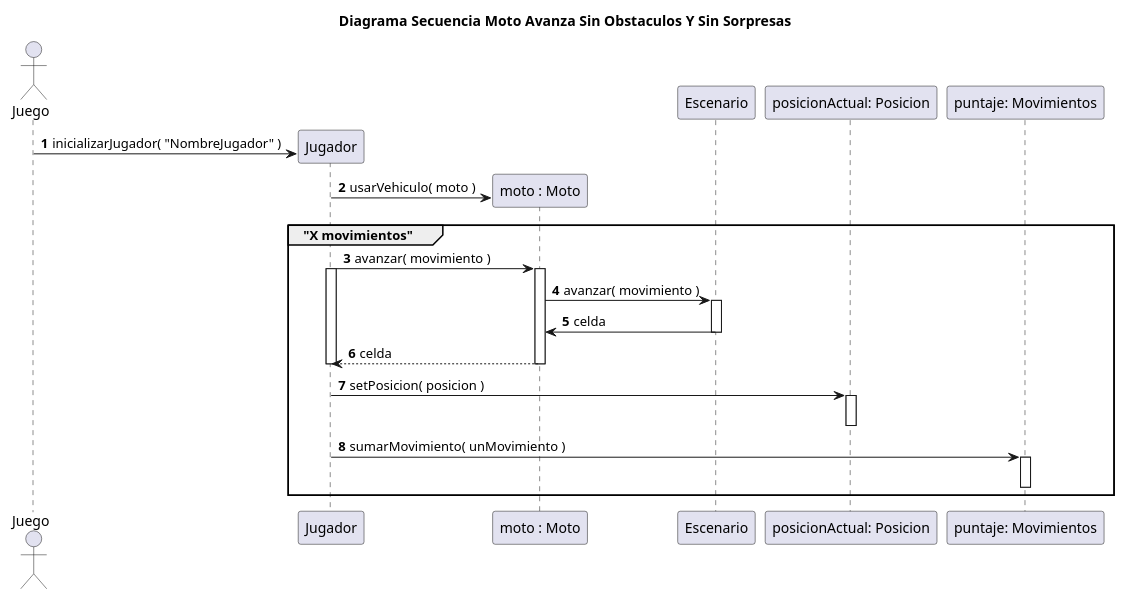
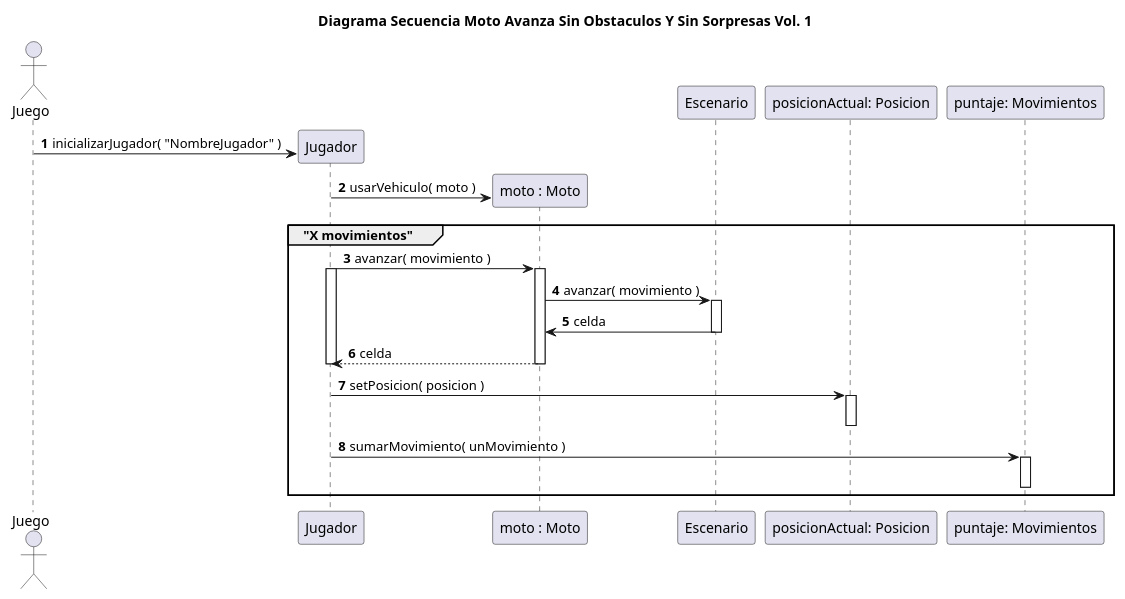
One commit to rodrigovzq/algo3_tp2 changed the diagram in diagrams/borradores/DiagramaSequenciaCasoSinObstaculosSinSorpresas.puml. Above: the diagram before and after it, drawn with PlantUML. The commit also changed 1 other file, not shown here.

Commit message:
Actualización diagramas

```diff
--- a/diagrams/borradores/DiagramaSequenciaCasoSinObstaculosSinSorpresas.puml
+++ b/diagrams/borradores/DiagramaSequenciaCasoSinObstaculosSinSorpresas.puml
@@ -1,43 +1,43 @@
 @startuml
 ' Primer acercamiento al diagrama de secuencia de la
 ' primer entrega.
 
 'Problema que se nos presento:
 'Todo anda bien porque es el caso feliz...
 ' - ¿Que pasa si hay un obstaculo/sorpresa?
 ' - ¿Quien se entera?
 ' Los obstaculos y la sorpresa modifican los movimientos o vehiculo
 'del jugador dependiendo del vehiculo o sorpresa que toque.
-title Diagrama Secuencia Moto Avanza Sin Obstaculos Y Sin Sorpresas
+title Diagrama Secuencia Moto Avanza Sin Obstaculos Y Sin Sorpresas Vol. 1
 autonumber
 
 actor Juego
 
 create Jugador
 '¿Hace falta, para este diagrama en particular, comunicar
 ' como se inicializa el jugador?
 Juego -> Jugador: inicializarJugador( "NombreJugador" )
 create "moto : Moto"
 
 '¿De donde sacamos que vehiculo usar?
 
 Jugador -> "moto : Moto": usarVehiculo( moto )
 
 'Para cada movimiento hecho por el jugador...
 group "X movimientos"
     Jugador -> "moto : Moto": avanzar( movimiento )
     activate Jugador
     activate "moto : Moto"
     "moto : Moto" -> Escenario++: avanzar( movimiento )
     Escenario -> "moto : Moto": celda
     deactivate Escenario
     "moto : Moto" --> Jugador: celda
     deactivate "moto : Moto"
     deactivate Jugador
 
     Jugador -> "posicionActual: Posicion"++: setPosicion( posicion )
     deactivate "posicionActual: Posicion"
     Jugador -> "puntaje: Movimientos"++: sumarMovimiento( unMovimiento )
     deactivate "puntaje: Movimientos"
 end
 @enduml
```
